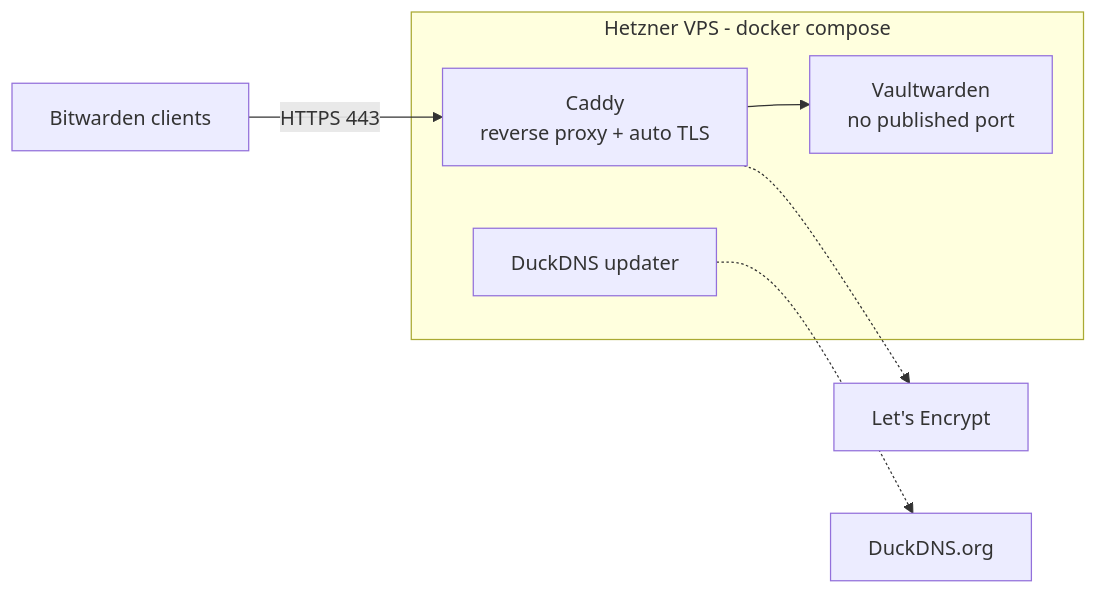
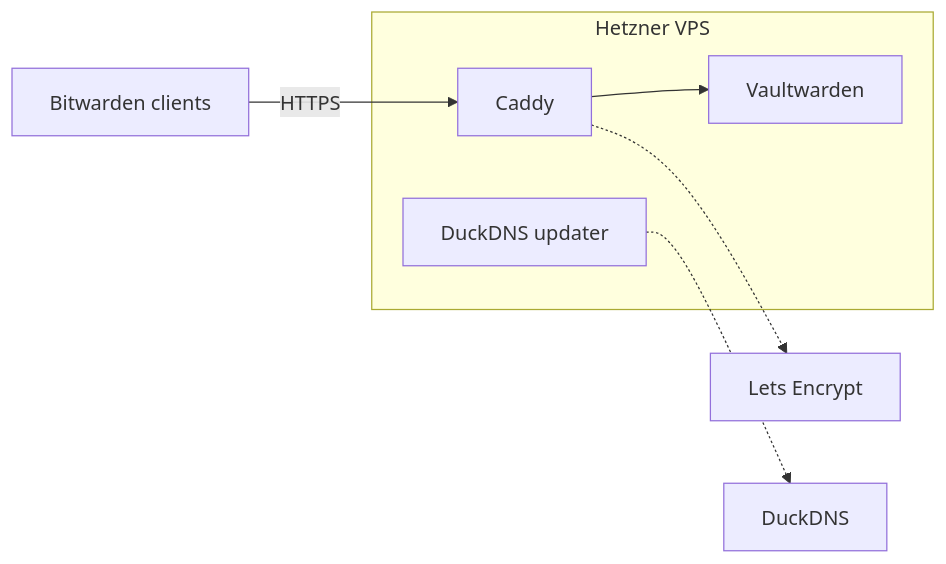
Before and after one commit to nadeko0/vaultwarden-selfhosted: the diagram in README.md, drawn with Mermaid.

Commit message:
Fix mermaid diagram rendering on GitHub
Unescaped apostrophe in the Let's Encrypt label and <br/> tags in
node labels were breaking GitHub's mermaid renderer (Cannot read
properties of undefined, reading 'render'). Quoted all labels and
dropped the apostrophe and line breaks.

````diff
--- a/README.md
+++ b/README.md
@@ -25,13 +25,13 @@
 ```mermaid
 flowchart LR
-    Client[Bitwarden clients] -->|HTTPS 443| Caddy
-    Caddy --> Vaultwarden
-    Caddy -.-> LE[Let's Encrypt]
-    DuckDNS -.-> DuckDNSorg[DuckDNS.org]
+    Client["Bitwarden clients"] -->|HTTPS| Caddy["Caddy"]
+    Caddy --> Vaultwarden["Vaultwarden"]
+    Caddy -.-> ACME["Lets Encrypt"]
+    DuckDNS -.-> DDNS["DuckDNS"]
 
-    subgraph VPS["Hetzner VPS - docker compose"]
-        Caddy["Caddy<br/>reverse proxy + auto TLS"]
-        Vaultwarden["Vaultwarden<br/>no published port"]
+    subgraph VPS["Hetzner VPS"]
+        Caddy
+        Vaultwarden
         DuckDNS["DuckDNS updater"]
     end
 ```
````
